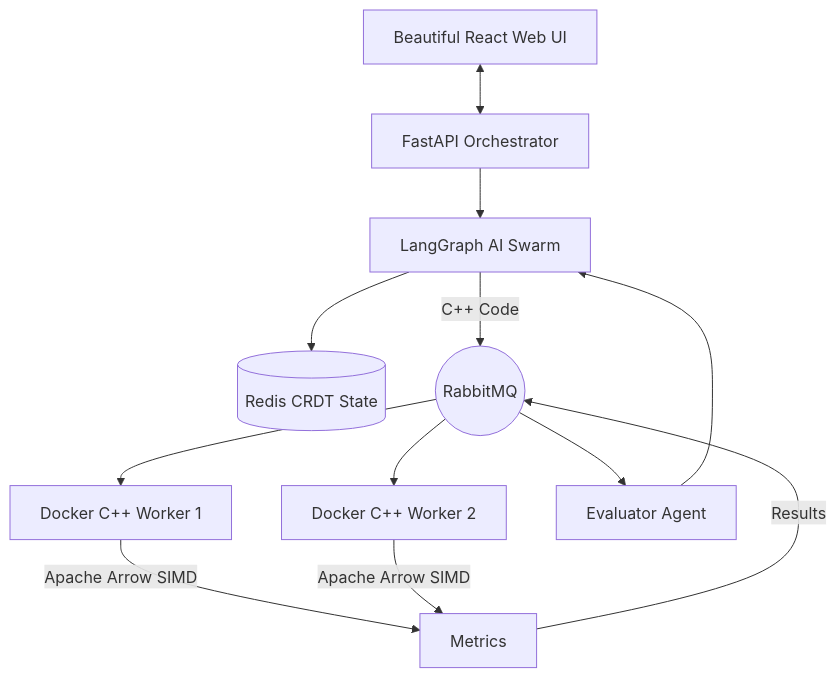
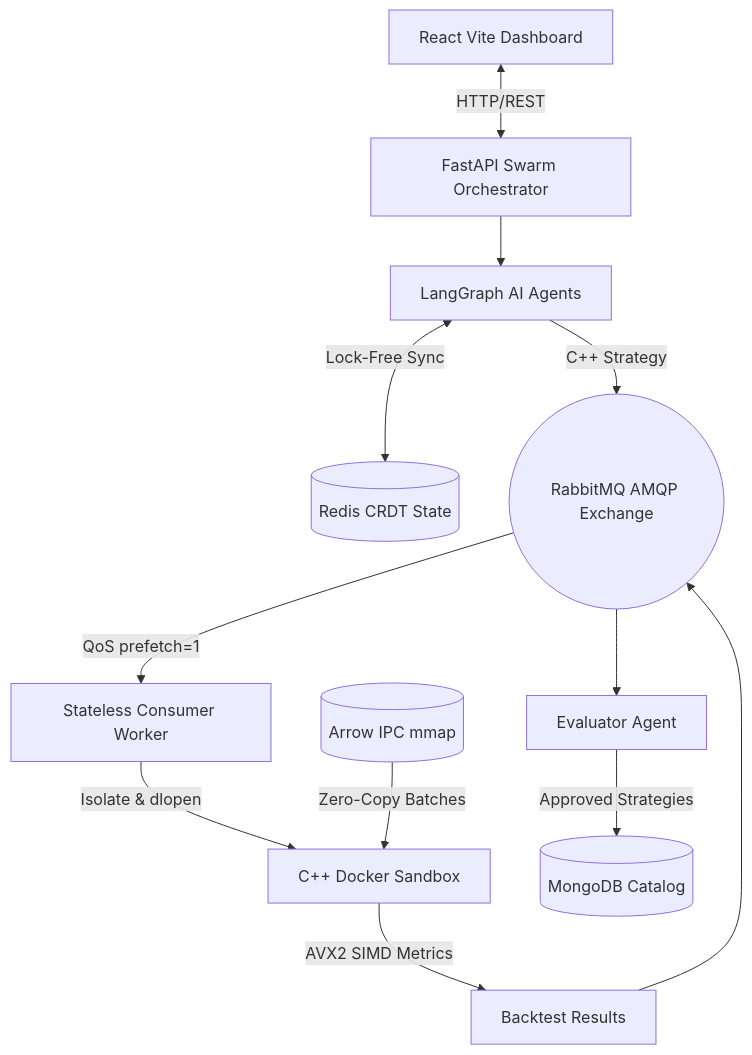
The diagram in README.md (Ashutosh-kumar-06/HyperTick), drawn with Mermaid before and after one commit. The commit also changed other lines of this file and 30 other files, not shown here.

Commit message:
feat(hypertick): rename project to HyperTick, fix order matching capital accounting, resolve sandbox docker execution, update API serialization, and revamp README

````diff
--- a/README.md
+++ b/README.md
@@ -29,14 +34,14 @@
 ```mermaid
 graph TD;
-    UI[Beautiful React Web UI] <--> API[FastAPI Orchestrator];
-    API --> Agent[LangGraph AI Swarm];
-    Agent --> Redis[(Redis CRDT State)];
-    Agent -- "C++ Code" --> RMQ((RabbitMQ));
-    RMQ --> Worker1[Docker C++ Worker 1];
-    RMQ --> Worker2[Docker C++ Worker 2];
-    Worker1 -- "Apache Arrow SIMD" --> Metrics;
-    Worker2 -- "Apache Arrow SIMD" --> Metrics;
-    Metrics -- "Results" --> RMQ;
+    UI[React Vite Dashboard] <-->|HTTP/REST| API[FastAPI Swarm Orchestrator];
+    API --> Agent[LangGraph AI Agents];
+    Agent <-->|Lock-Free Sync| Redis[(Redis CRDT State)];
+    Agent -- "C++ Strategy" --> RMQ((RabbitMQ AMQP Exchange));
+    RMQ -->|QoS prefetch=1| Consumer[Stateless Consumer Worker];
+    Consumer -->|Isolate & dlopen| Sandbox[C++ Docker Sandbox];
+    Dataset[(Arrow IPC mmap)] -->|Zero-Copy Batches| Sandbox;
+    Sandbox -->|AVX2 SIMD Metrics| Result[Backtest Results];
+    Result --> RMQ;
     RMQ --> Evaluator[Evaluator Agent];
-    Evaluator --> Agent;
+    Evaluator -->|Approved Strategies| Mongo[(MongoDB Catalog)];
 ```
````
